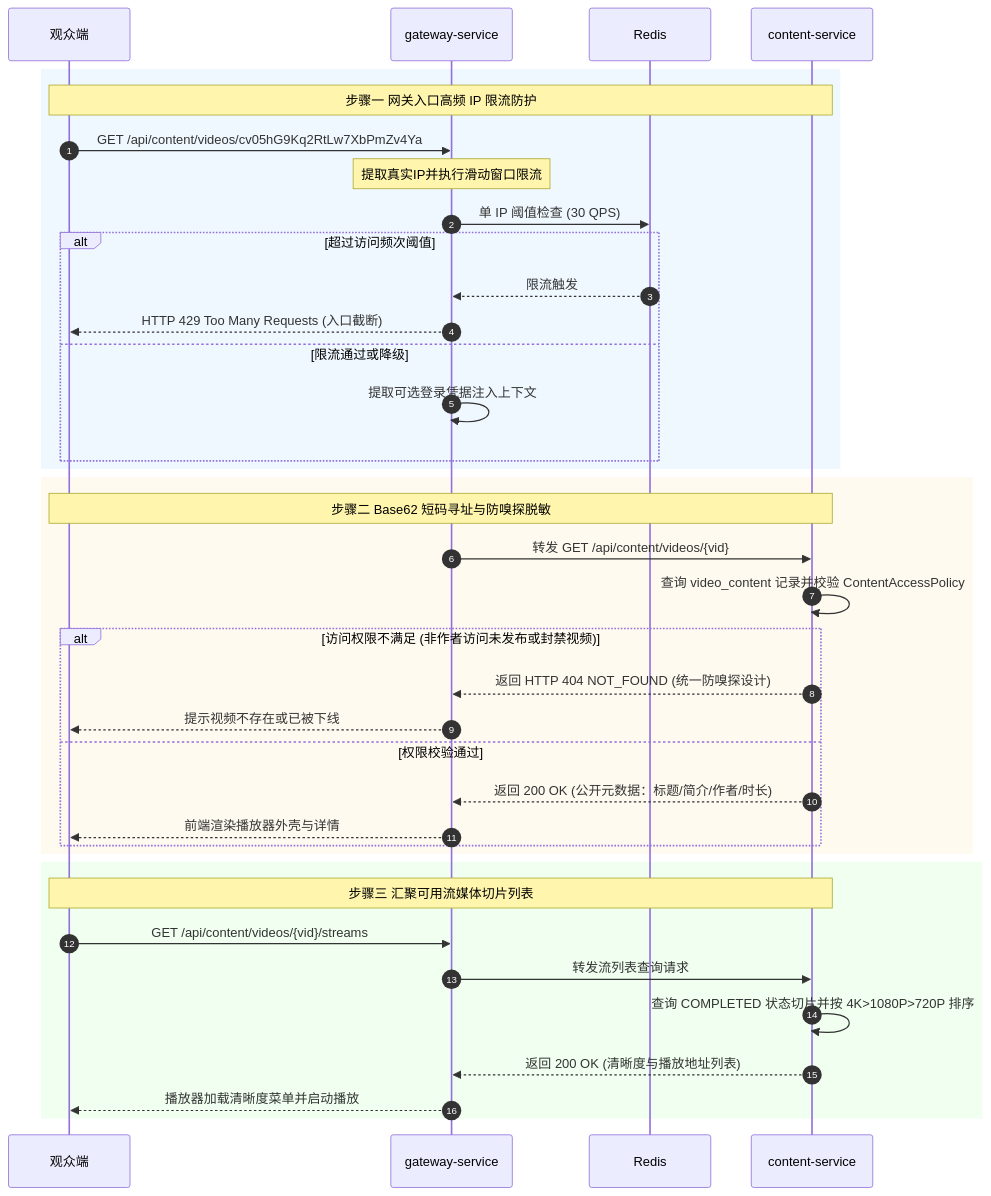
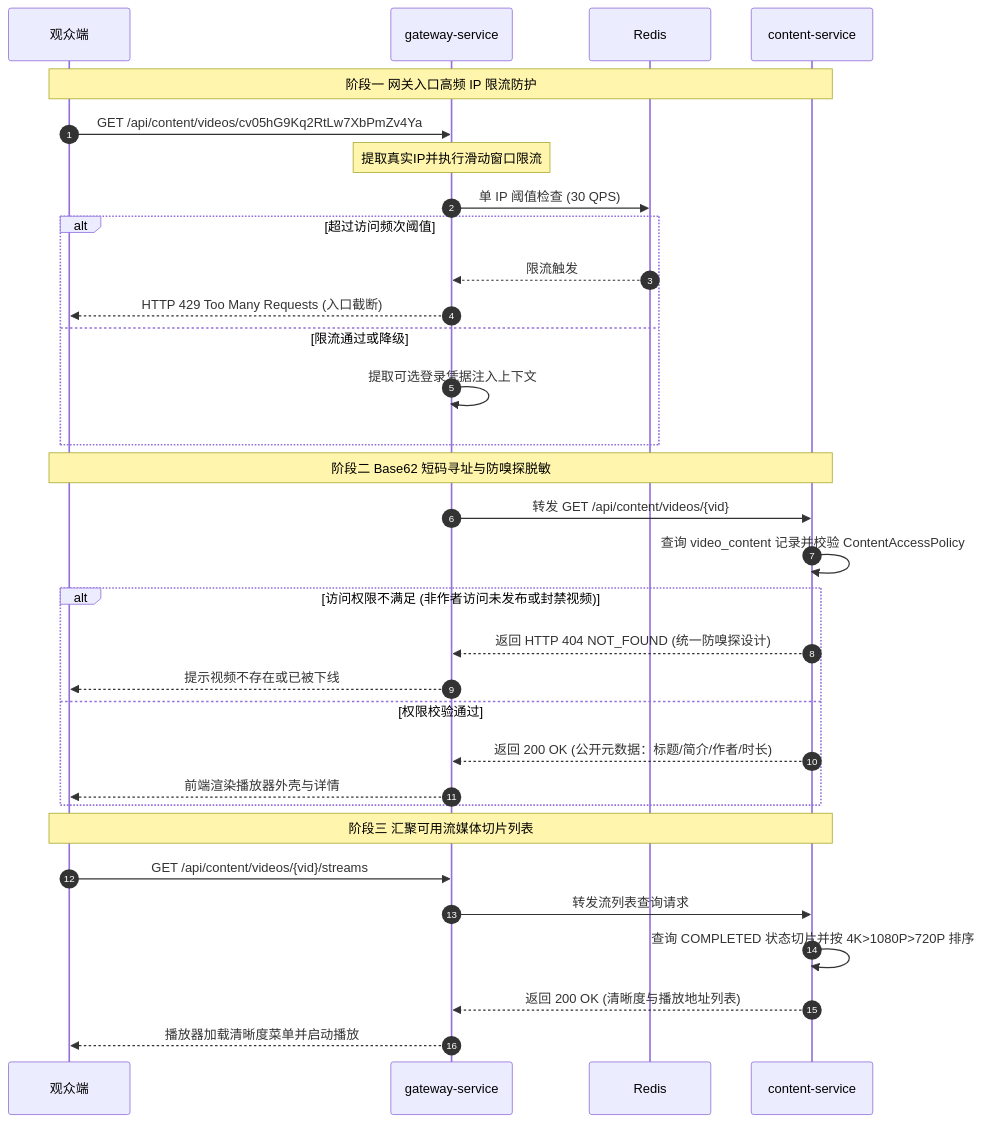
The second of 2 diagrams in docs/flows/04-video-playback-and-portal-flow.md (fank-c/media-platform-rebuild), drawn with Mermaid before and after one commit. The commit also changed 4 other files, not shown here.

First line of the commit message:
docs(flows): 优化主线流程图深色模式对比度与时序图结构

````diff
--- a/docs/flows/04-video-playback-and-portal-flow.md
+++ b/docs/flows/04-video-playback-and-portal-flow.md
@@ -43,46 +43,40 @@
 ```mermaid
 sequenceDiagram
     autonumber
     participant Audience as 观众端
     participant GW as gateway-service
     participant Redis as Redis
     participant CS as content-service
 
     %% 第一步：网关防刷拦截
-    rect rgb(240, 248, 255)
-    Note over Audience,CS: 步骤一 网关入口高频 IP 限流防护
+    Note over Audience,CS: 阶段一 网关入口高频 IP 限流防护
     Audience->>GW: GET /api/content/videos/cv05hG9Kq2RtLw7XbPmZv4Ya
     Note over GW: 提取真实IP并执行滑动窗口限流
     GW->>Redis: 单 IP 阈值检查 (30 QPS)
     alt 超过访问频次阈值
         Redis-->>GW: 限流触发
         GW-->>Audience: HTTP 429 Too Many Requests (入口截断)
     else 限流通过或降级
         GW->>GW: 提取可选登录凭据注入上下文
     end
-    end
 
     %% 第二步：短码寻址与可见性裁决
-    rect rgb(255, 250, 240)
-    Note over Audience,CS: 步骤二 Base62 短码寻址与防嗅探脱敏
+    Note over Audience,CS: 阶段二 Base62 短码寻址与防嗅探脱敏
     GW->>CS: 转发 GET /api/content/videos/{vid}
     CS->>CS: 查询 video_content 记录并校验 ContentAccessPolicy
     alt 访问权限不满足 (非作者访问未发布或封禁视频)
         CS-->>GW: 返回 HTTP 404 NOT_FOUND (统一防嗅探设计)
         GW-->>Audience: 提示视频不存在或已被下线
     else 权限校验通过
         CS-->>GW: 返回 200 OK (公开元数据：标题/简介/作者/时长)
         GW-->>Audience: 前端渲染播放器外壳与详情
     end
-    end
 
     %% 第三步：多清晰度播放流切片汇聚
-    rect rgb(240, 255, 240)
-    Note over Audience,CS: 步骤三 汇聚可用流媒体切片列表
+    Note over Audience,CS: 阶段三 汇聚可用流媒体切片列表
     Audience->>GW: GET /api/content/videos/{vid}/streams
     GW->>CS: 转发流列表查询请求
     CS->>CS: 查询 COMPLETED 状态切片并按 4K>1080P>720P 排序
     CS-->>GW: 返回 200 OK (清晰度与播放地址列表)
     GW-->>Audience: 播放器加载清晰度菜单并启动播放
-    end
 ```
````
